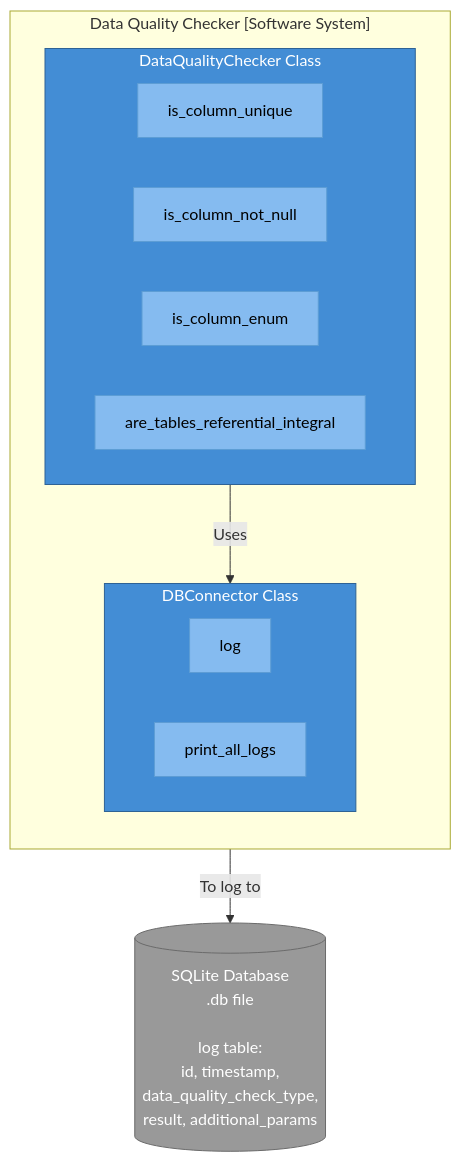
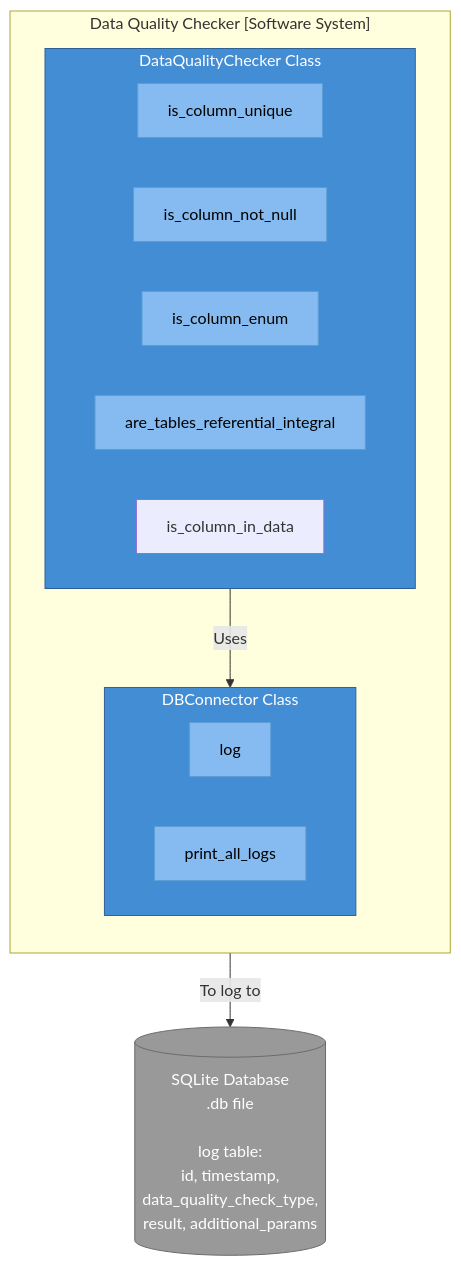
One commit to josephmachado/data_quality_checker changed the second of 2 diagrams in README.md. Above: the diagram before and after it, drawn with Mermaid. The commit also changed other lines of this file and 23 other files, not shown here.

````diff
--- a/README.md
+++ b/README.md
@@ -193,34 +198,35 @@
 ```mermaid
 graph TB
     subgraph System["Data Quality Checker [Software System]"]
         direction TB
         
         subgraph Checker["DataQualityChecker Class"]
             direction LR
             Method1[is_column_unique]
             Method2[is_column_not_null]
             Method3[is_column_enum]
             Method4[are_tables_referential_integral]
+            Method5[is_column_in_data]
         end
         
         subgraph Connector["DBConnector Class"]
             direction LR
             Log[log]
             Print[print_all_logs]
         end
         
         Checker -->|Uses| Connector
     end
     
     Database[(SQLite Database<br/>.db file<br/><br/>log table:<br/>id, timestamp,<br/>data_quality_check_type,<br/>result, additional_params)]
     
     Connector -->|To log to | Database
     
     classDef container fill:#438dd5,stroke:#2e6295,color:#fff
     classDef method fill:#85bbf0,stroke:#5d9dd5,color:#000
     classDef external fill:#999999,stroke:#6b6b6b,color:#fff
     
     class Checker,Connector container
     class Method1,Method2,Method3,Method4,Log,Print method
     class Database external
 ```
````
